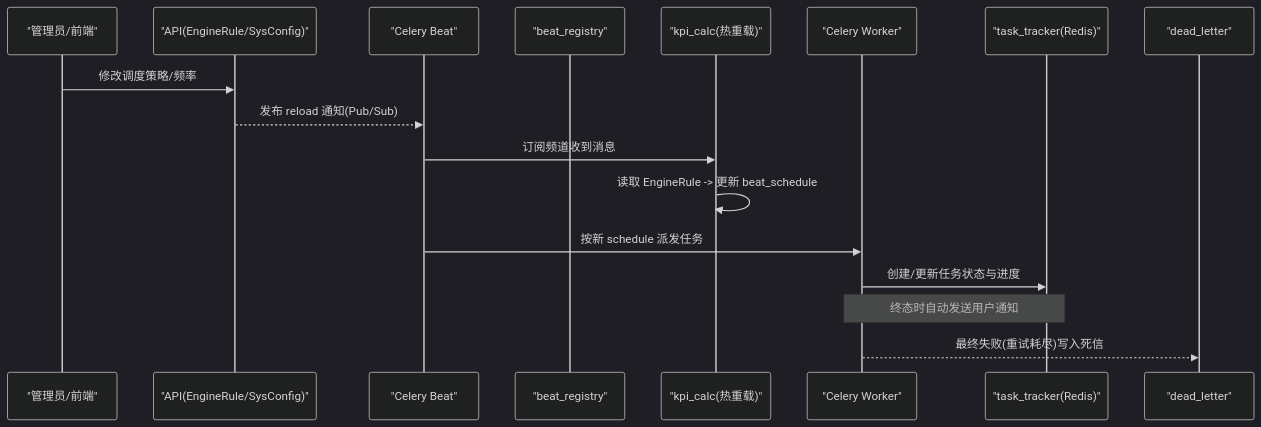
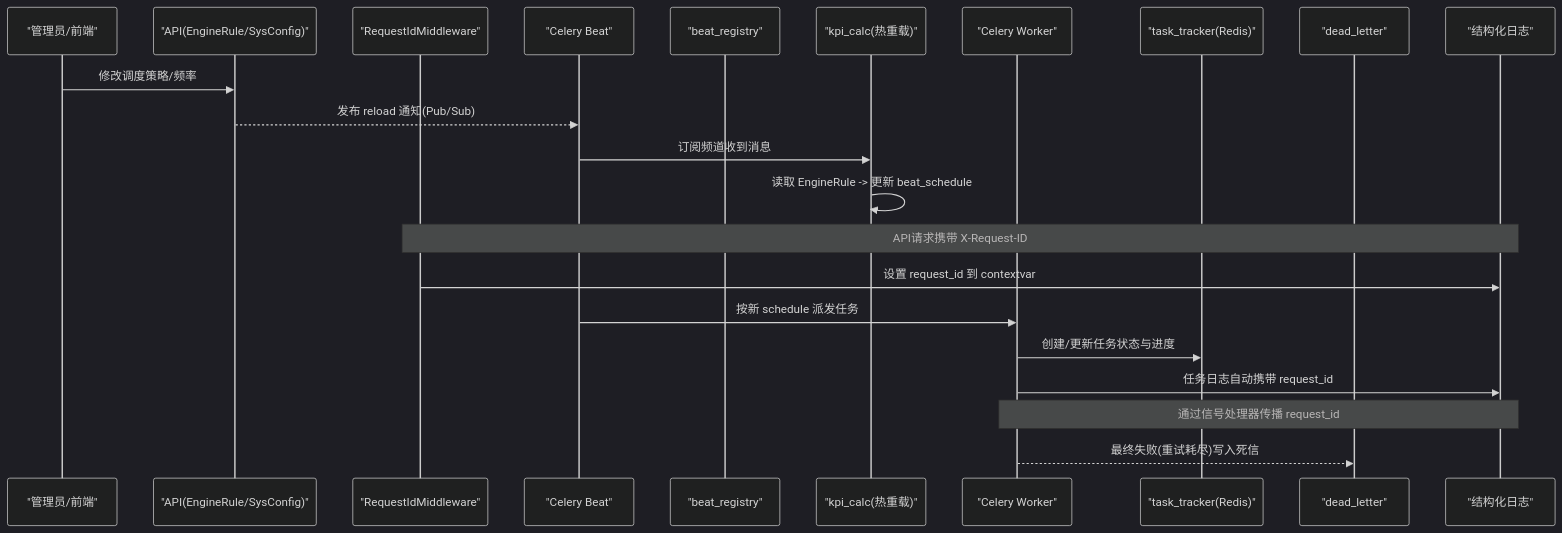
One commit to hlszp/CLPM-MVP changed the second of 6 diagrams in .qoder/repowiki/zh/content/性能评估模块/任务调度系统/任务调度系统.md. Above: the diagram before and after it, drawn with Mermaid (dark theme). The commit also changed other lines of this file and 207 other files, not shown here.

````diff
--- a/.qoder/repowiki/zh/content/性能评估模块/任务调度系统/任务调度系统.md
+++ b/.qoder/repowiki/zh/content/性能评估模块/任务调度系统/任务调度系统.md
@@ -104,19 +130,24 @@
 ```mermaid
 sequenceDiagram
 participant Admin as "管理员/前端"
 participant API as "API(EngineRule/SysConfig)"
+participant MW as "RequestIdMiddleware"
 participant BEAT as "Celery Beat"
 participant REG as "beat_registry"
 participant KPI as "kpi_calc(热重载)"
 participant W as "Celery Worker"
 participant T as "task_tracker(Redis)"
 participant D as "dead_letter"
+participant LOG as "结构化日志"
 Admin->>API : 修改调度策略/频率
 API-->>BEAT : 发布 reload 通知(Pub/Sub)
 BEAT->>KPI : 订阅频道收到消息
 KPI->>KPI : 读取 EngineRule -> 更新 beat_schedule
+Note over MW,LOG : API请求携带 X-Request-ID
+MW->>LOG : 设置 request_id 到 contextvar
 BEAT->>W : 按新 schedule 派发任务
 W->>T : 创建/更新任务状态与进度
-Note over W,T : 终态时自动发送用户通知
+W->>LOG : 任务日志自动携带 request_id
+Note over W,LOG : 通过信号处理器传播 request_id
 W-->>D : 最终失败(重试耗尽)写入死信
 ```
````
